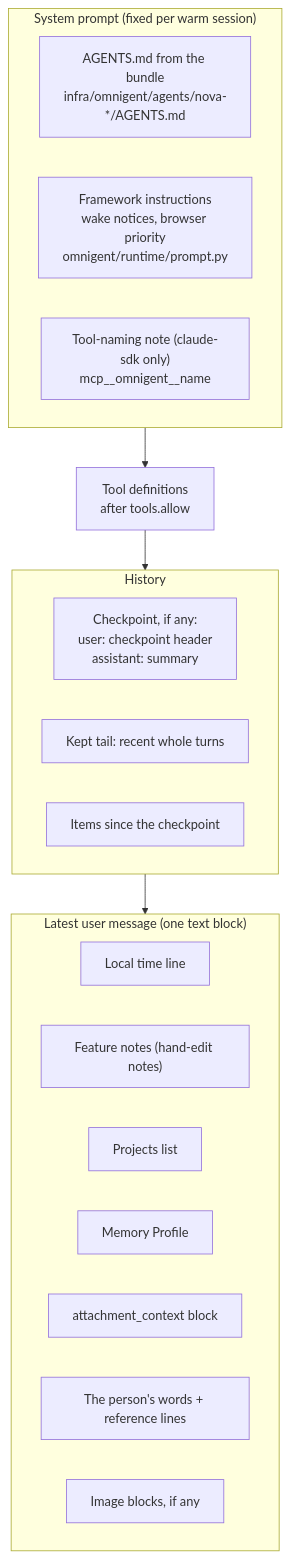
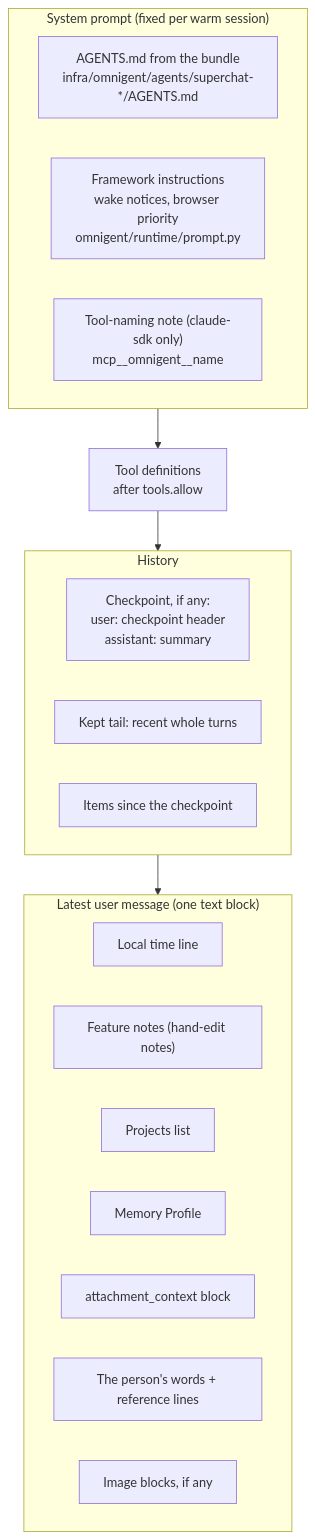
Before and after one commit to routifai/bot-grok: the diagram in docs/super-chat/context-assembly.md, drawn with Mermaid. The commit also changed other lines of this file and 1365 other files, not shown here.

````diff
--- a/docs/super-chat/context-assembly.md
+++ b/docs/super-chat/context-assembly.md
@@ -67,24 +67,24 @@
 ```mermaid
 flowchart TB
     subgraph SYS["System prompt (fixed per warm session)"]
-        A1["AGENTS.md from the bundle<br/>infra/omnigent/agents/nova-*/AGENTS.md"]
+        A1["AGENTS.md from the bundle<br/>infra/omnigent/agents/superchat-*/AGENTS.md"]
         A2["Framework instructions<br/>wake notices, browser priority<br/>omnigent/runtime/prompt.py"]
         A3["Tool-naming note (claude-sdk only)<br/>mcp__omnigent__name"]
     end
     T["Tool definitions<br/>after tools.allow"]
     subgraph HIST["History"]
         H1["Checkpoint, if any:<br/>user: checkpoint header<br/>assistant: summary"]
         H2["Kept tail: recent whole turns"]
         H3["Items since the checkpoint"]
     end
     subgraph MSG["Latest user message (one text block)"]
         P1["Local time line"]
         P2["Feature notes (hand-edit notes)"]
         P3["Projects list"]
         P4["Memory Profile"]
         P5["attachment_context block"]
         P6["The person's words + reference lines"]
         P7["Image blocks, if any"]
     end
     SYS --> T --> HIST --> MSG
 ```
````
